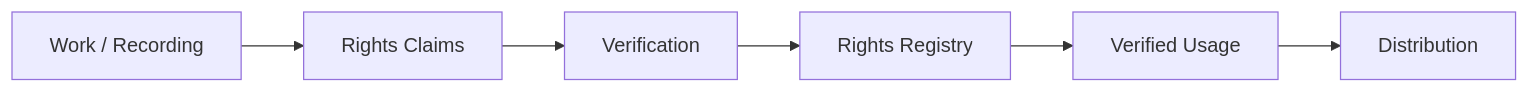
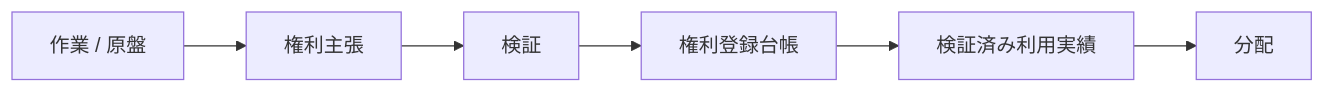
The first of 5 diagrams in docs/adr/ADR-0003-rights-registry.md (ShigeichiroYamasaki/creator-first-platform), drawn with Mermaid before and after one commit. The commit also changed other lines of this file and 72 other files, not shown here.

````diff
--- a/docs/adr/ADR-0003-rights-registry.md
+++ b/docs/adr/ADR-0003-rights-registry.md
@@ -57,11 +57,11 @@
 ```mermaid
 flowchart LR
-    WORK[Work / Recording]
-    CLAIM[Rights Claims]
-    VERIFY[Verification]
-    REG[Rights Registry]
-    USAGE[Verified Usage]
-    DIST[Distribution]
+    WORK[作業 / 原盤]
+    CLAIM[権利主張]
+    VERIFY[検証]
+    REG[権利登録台帳]
+    USAGE[検証済み利用実績]
+    DIST[分配]
 
     WORK --> CLAIM --> VERIFY --> REG --> USAGE --> DIST
 ```
````
